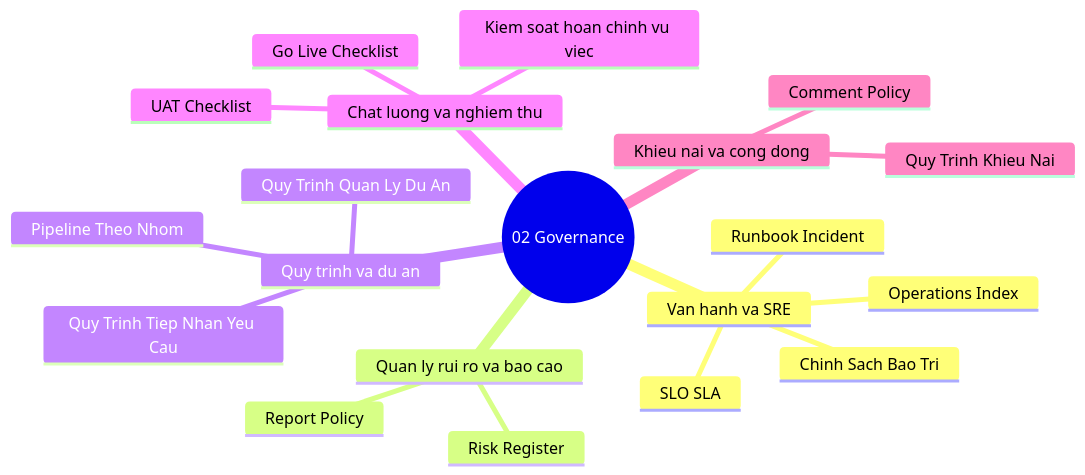
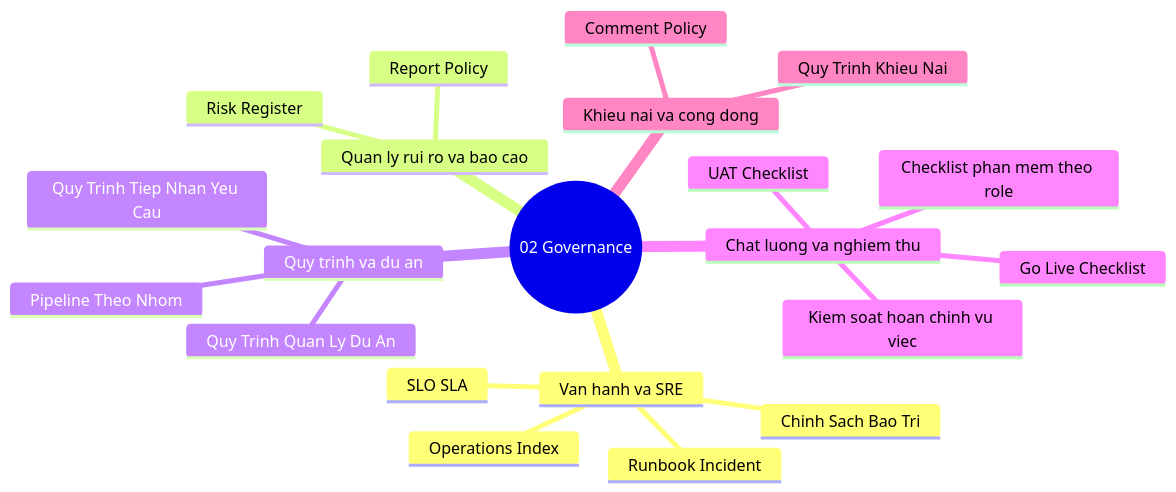
Before and after one commit to vntayemm/demo-chatbot: the diagram in docs/content/02-governance/index.md, drawn with Mermaid. The commit also changed other lines of this file and 13 other files, not shown here.

````diff
--- a/docs/content/02-governance/index.md
+++ b/docs/content/02-governance/index.md
@@ -27,23 +28,24 @@
 ```mermaid
 mindmap
   root((02 Governance))
     Van hanh va SRE
       Operations Index
       SLO SLA
       Runbook Incident
       Chinh Sach Bao Tri
     Quan ly rui ro va bao cao
       Risk Register
       Report Policy
     Quy trinh va du an
       Quy Trinh Quan Ly Du An
       Pipeline Theo Nhom
       Quy Trinh Tiep Nhan Yeu Cau
     Chat luong va nghiem thu
       UAT Checklist
       Go Live Checklist
+      Checklist phan mem theo role
       Kiem soat hoan chinh vu viec
     Khieu nai va cong dong
       Quy Trinh Khieu Nai
       Comment Policy
 ```
````
